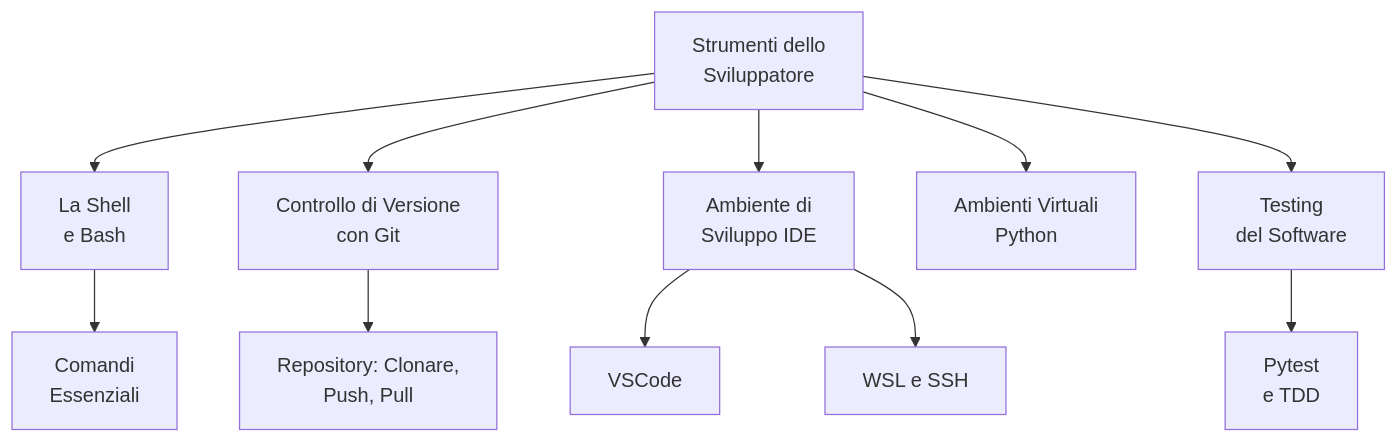
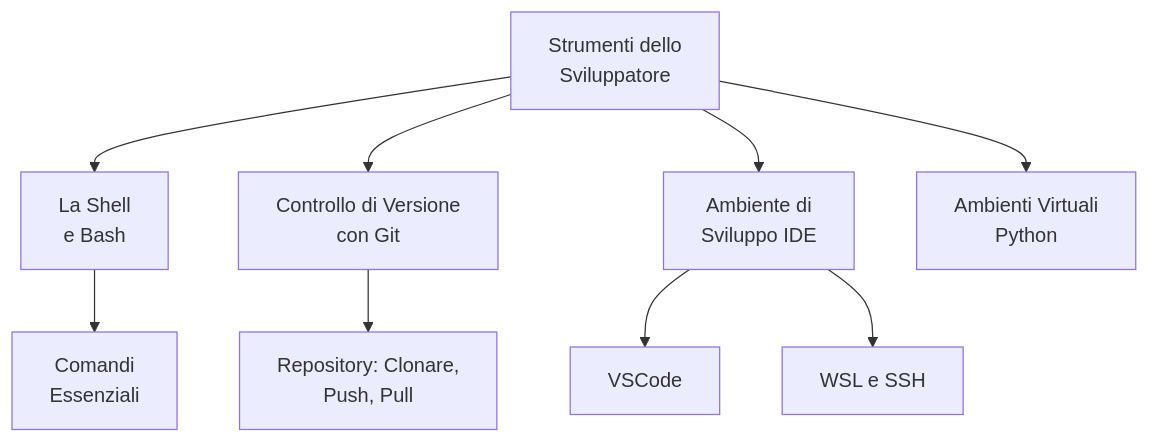
Before and after one commit to angelogalantiscuola/IT: the diagram in 01_Fondamenti_di_Programmazione/02_Strumenti_dello_Sviluppatore/01_Mappa_Concettuale_Strumenti.md, drawn with Mermaid. The commit also changed 1 other file, not shown here.

Commit message:
Remove "Testing del Software" section from developer tools concept map; delete exercise on code cleaning with Ruff.

````diff
--- a/01_Fondamenti_di_Programmazione/02_Strumenti_dello_Sviluppatore/01_Mappa_Concettuale_Strumenti.md
+++ b/01_Fondamenti_di_Programmazione/02_Strumenti_dello_Sviluppatore/01_Mappa_Concettuale_Strumenti.md
@@ -5,14 +5,12 @@
 ```mermaid
 graph TD
     A[Strumenti dello<br>Sviluppatore] --> B[La Shell<br>e Bash];
     A --> C[Controllo di Versione<br>con Git];
     A --> D[Ambiente di<br>Sviluppo IDE];
     A --> E[Ambienti Virtuali<br>Python];
-    A --> F[Testing<br>del Software];
 
     B --> B1[Comandi<br>Essenziali];
     C --> C1[Repository: Clonare,<br>Push, Pull];
     D --> D1[VSCode];
     D --> D2[WSL e SSH];
-    F --> F1[Pytest<br>e TDD];
 ```
````
